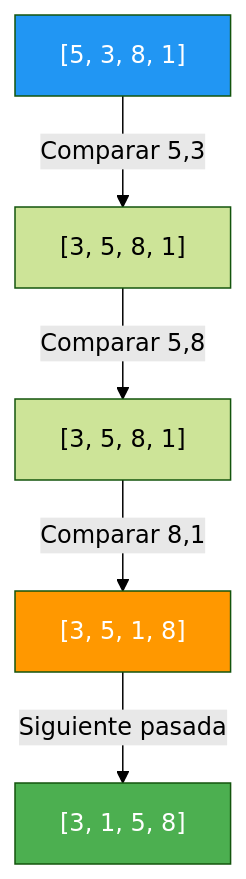
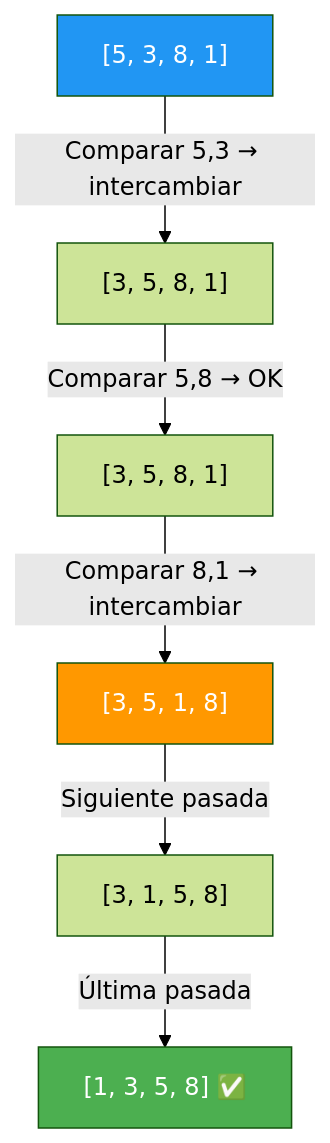
The first of 7 diagrams in 07-ordenacion-busqueda.md (joseluisgs/Programacion-03-2026-2027), drawn with Mermaid (forest theme) before and after one commit. The commit also changed other lines of this file and 8 other files, not shown here.

````diff
--- a/07-ordenacion-busqueda.md
+++ b/07-ordenacion-busqueda.md
@@ -33,10 +62,11 @@
 ```mermaid
 graph TD
-    A["[5, 3, 8, 1]"] -->|"Comparar 5,3"| B["[3, 5, 8, 1]"]
-    B -->|"Comparar 5,8"| C["[3, 5, 8, 1]"]
-    C -->|"Comparar 8,1"| D["[3, 5, 1, 8]"]
+    A["[5, 3, 8, 1]"] -->|"Comparar 5,3 → intercambiar"| B["[3, 5, 8, 1]"]
+    B -->|"Comparar 5,8 → OK"| C["[3, 5, 8, 1]"]
+    C -->|"Comparar 8,1 → intercambiar"| D["[3, 5, 1, 8]"]
     D -->|"Siguiente pasada"| E["[3, 1, 5, 8]"]
+    E -->|"Última pasada"| F["[1, 3, 5, 8] ✅"]
     style A fill:#2196F3,color:#fff
     style D fill:#FF9800,color:#fff
-    style E fill:#4CAF50,color:#fff
+    style F fill:#4CAF50,color:#fff
 ```
````
